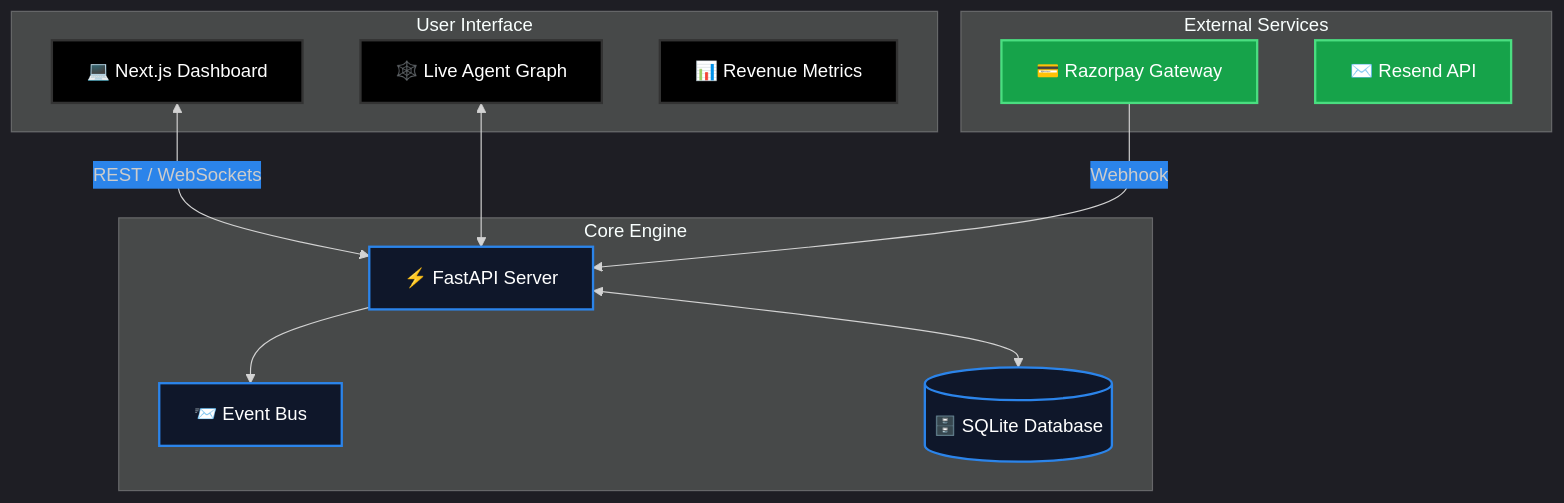
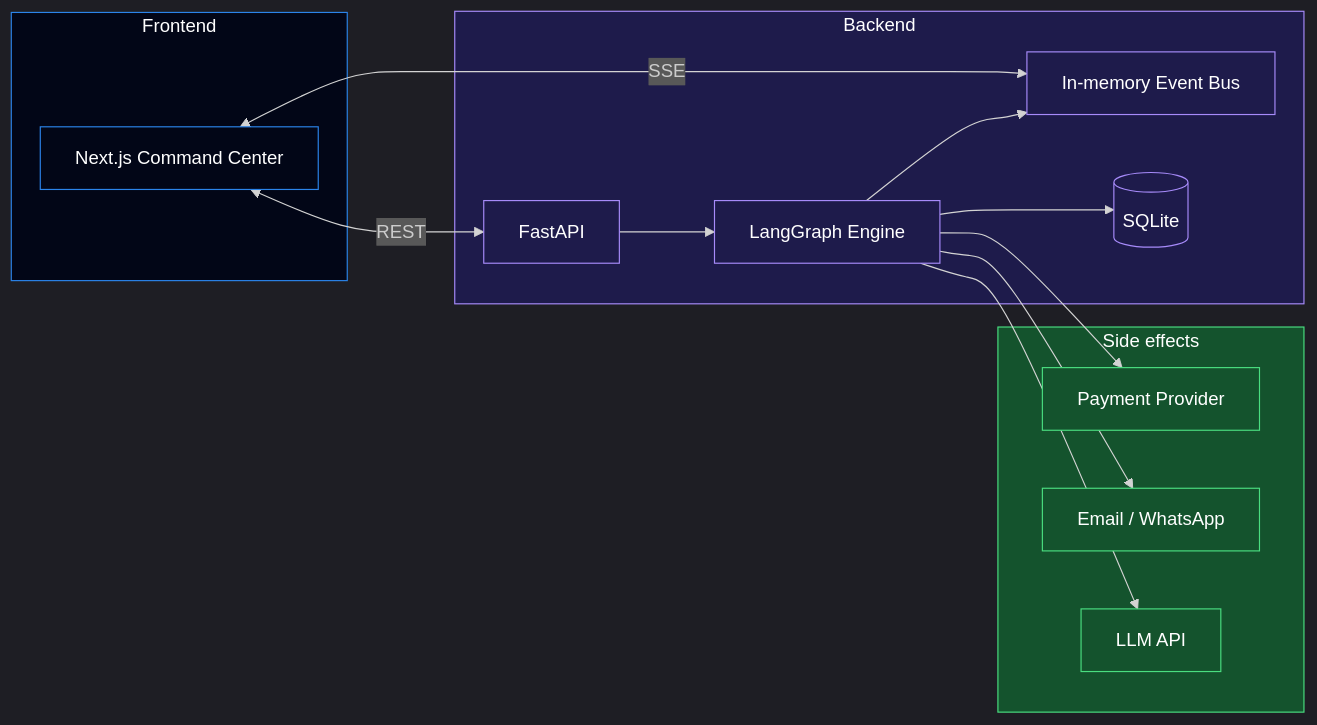
Diagram 11 of 11 in README.md (sanyam-15/Buildathon), drawn with Mermaid before and after one commit. The commit also changed other lines of this file, not shown here.

````diff
--- a/README.md
+++ b/README.md
@@ -129,31 +532,36 @@
 ```mermaid
-%%{init: {'theme': 'dark', 'themeVariables': { 'fontFamily': 'Inter', 'primaryColor': '#1E293B', 'edgeLabelBackground':'#2B84EA'}}}%%
-graph TD
-    classDef frontend fill:#000000,stroke:#333,stroke-width:2px,color:#fff
-    classDef backend fill:#0F172A,stroke:#2B84EA,stroke-width:2px,color:#fff
-    classDef agents fill:#2B84EA,stroke:#60A5FA,stroke-width:2px,color:#fff
-    classDef external fill:#16A34A,stroke:#4ADE80,stroke-width:2px,color:#fff
+%%{init: {'theme': 'dark'}}%%
+flowchart LR
+  subgraph FE["Frontend"]
+    UI["Next.js Command Center"]
+  end
 
-    subgraph "User Interface"
-        UI[💻 Next.js Dashboard]:::frontend
-        AG[🕸️ Live Agent Graph]:::frontend
-        Metrics[📊 Revenue Metrics]:::frontend
-    end
+  subgraph BE["Backend"]
+    API["FastAPI"]
+    LG["LangGraph Engine"]
+    BUS["In-memory Event Bus"]
+    DB[(SQLite)]
+  end
 
-    subgraph "Core Engine"
-        API[⚡ FastAPI Server]:::backend
-        EB[📨 Event Bus]:::backend
-        DB[(🗄️ SQLite Database)]:::backend
-    end
-    
-    subgraph "External Services"
-        RP[💳 Razorpay Gateway]:::external
-        Email[✉️ Resend API]:::external
-    end
+  subgraph OUT["Side effects"]
+    PAY["Payment Provider"]
+    MAIL["Email / WhatsApp"]
+    LLM["LLM API"]
+  end
 
-    UI <-->|REST / WebSockets| API
-    AG <--> API
-    RP -- Webhook --> API
-    API --> EB
-    API <--> DB
+  UI <-->|REST| API
+  UI <-->|SSE| BUS
+  API --> LG
+  LG --> BUS
+  LG --> DB
+  LG --> LLM
+  LG --> PAY
+  LG --> MAIL
+
+  classDef fe fill:#020617,stroke:#2B84EA,color:#FFF
+  classDef be fill:#1E1B4B,stroke:#A78BFA,color:#FFF
+  classDef out fill:#14532D,stroke:#4ADE80,color:#FFF
+  class FE,UI fe
+  class BE,API,LG,BUS,DB be
+  class OUT,PAY,MAIL,LLM out
 ```
````
